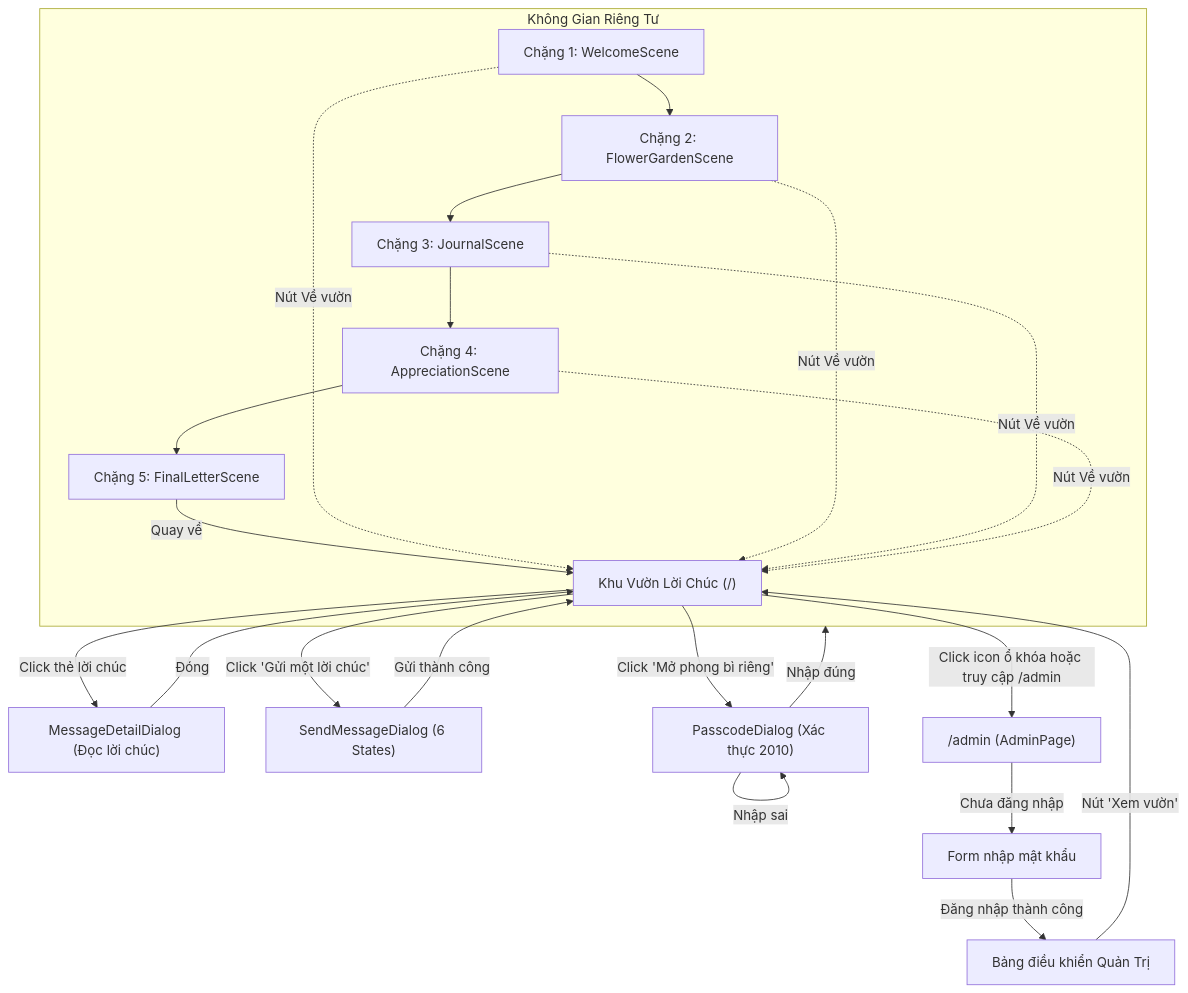
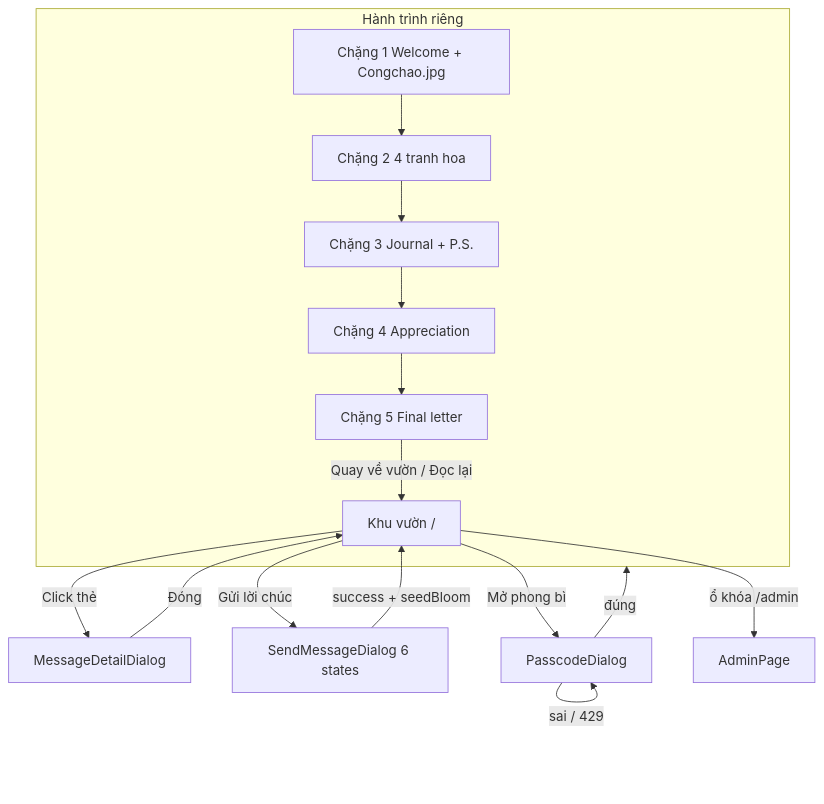
One commit to pht1412/vuon-hoan-loi-chuc-20t10 changed the diagram in PROJECT_CONTEXT.md. Above: the diagram before and after it, drawn with Mermaid. The commit also changed other lines of this file and 7 other files, not shown here.

````diff
--- a/PROJECT_CONTEXT.md
+++ b/PROJECT_CONTEXT.md
@@ -160,31 +163,19 @@
 ```mermaid
 flowchart TD
-    Home["Khu Vườn Lời Chúc (/)"]
-    
-    Home -->|Click thẻ lời chúc| DetailModal["MessageDetailDialog (Đọc lời chúc)"]
-    DetailModal -->|Đóng| Home
-    
-    Home -->|Click 'Gửi một lời chúc'| SendModal["SendMessageDialog (6 States)"]
-    SendModal -->|Gửi thành công| Home
-    
-    Home -->|Click 'Mở phong bì riêng'| PasscodeModal["PasscodeDialog (Xác thực 2010)"]
-    PasscodeModal -->|Nhập sai| PasscodeModal
-    PasscodeModal -->|Nhập đúng| JourneyFlow["JourneyShell (Hành trình 5 chặng)"]
-    
-    subgraph JourneyFlow [Không Gian Riêng Tư]
-        S1["Chặng 1: WelcomeScene"] --> S2["Chặng 2: FlowerGardenScene"]
-        S2 --> S3["Chặng 3: JournalScene"]
-        S3 --> S4["Chặng 4: AppreciationScene"]
-        S4 --> S5["Chặng 5: FinalLetterScene"]
-        S5 -->|Quay về| Home
-        S1 -.->|Nút Về vườn| Home
-        S2 -.->|Nút Về vườn| Home
-        S3 -.->|Nút Về vườn| Home
-        S4 -.->|Nút Về vườn| Home
+    Home["Khu vườn /"]
+    Home -->|Click thẻ| Detail["MessageDetailDialog"]
+    Detail -->|Đóng| Home
+    Home -->|Gửi lời chúc| Send["SendMessageDialog 6 states"]
+    Send -->|success + seedBloom| Home
+    Home -->|Mở phong bì| Pass["PasscodeDialog"]
+    Pass -->|sai / 429| Pass
+    Pass -->|đúng| Journey["JourneyShell fullscreen"]
+    subgraph Journey [Hành trình riêng]
+        S1["Chặng 1 Welcome + Congchao.jpg"] --> S2["Chặng 2 4 tranh hoa"]
+        S2 --> S3["Chặng 3 Journal + P.S."]
+        S3 --> S4["Chặng 4 Appreciation"]
+        S4 --> S5["Chặng 5 Final letter"]
+        S5 -->|Quay về vườn / Đọc lại| Home
     end
-    
-    Home -->|Click icon ổ khóa hoặc truy cập /admin| AdminRoute["/admin (AdminPage)"]
-    AdminRoute -->|Chưa đăng nhập| AdminLogin["Form nhập mật khẩu"]
-    AdminLogin -->|Đăng nhập thành công| AdminDashboard["Bảng điều khiển Quản Trị"]
-    AdminDashboard -->|Nút 'Xem vườn'| Home
+    Home -->|ổ khóa /admin| Admin["AdminPage"]
 ```
````
